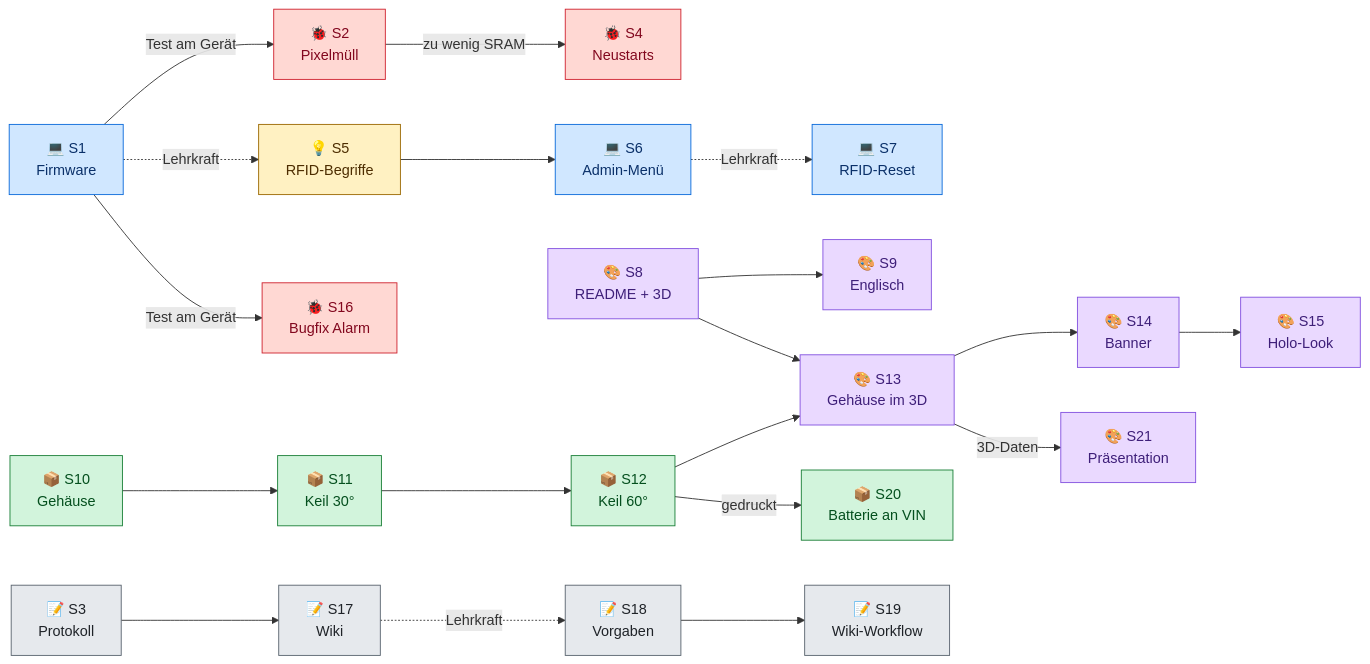
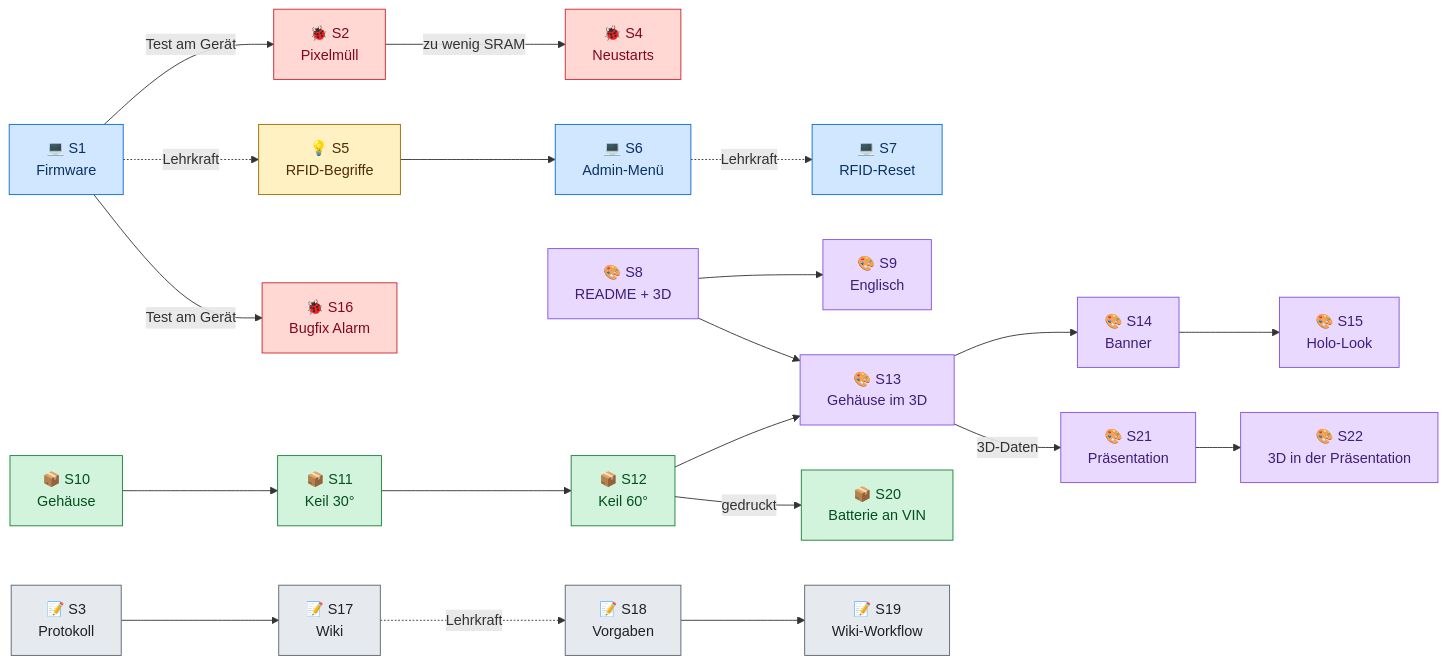
The second of 3 diagrams in wiki/Entwicklungsverlauf.md (BBZ-AIFS51/LF7-Projekt_GAS), drawn with Mermaid before and after one commit. The commit also changed other lines of this file and 6 other files, not shown here.

````diff
--- a/wiki/Entwicklungsverlauf.md
+++ b/wiki/Entwicklungsverlauf.md
@@ -62,51 +63,52 @@
 ```mermaid
 flowchart LR
     P1["💻 S1<br/>Firmware"]
     P2["🐞 S2<br/>Pixelmüll"]
     P3["📝 S3<br/>Protokoll"]
     P4["🐞 S4<br/>Neustarts"]
     P5["💡 S5<br/>RFID-Begriffe"]
     P6["💻 S6<br/>Admin-Menü"]
     P7["💻 S7<br/>RFID-Reset"]
     P8["🎨 S8<br/>README + 3D"]
     P9["🎨 S9<br/>Englisch"]
     P10["📦 S10<br/>Gehäuse"]
     P11["📦 S11<br/>Keil 30°"]
     P12["📦 S12<br/>Keil 60°"]
     P13["🎨 S13<br/>Gehäuse im 3D"]
     P14["🎨 S14<br/>Banner"]
     P15["🎨 S15<br/>Holo-Look"]
     P16["🐞 S16<br/>Bugfix Alarm"]
     P17["📝 S17<br/>Wiki"]
     P18["📝 S18<br/>Vorgaben"]
     P19["📝 S19<br/>Wiki-Workflow"]
     P20["📦 S20<br/>Batterie an VIN"]
     P21["🎨 S21<br/>Präsentation"]
+    P22["🎨 S22<br/>3D in der Präsentation"]
 
     P1 -- "Test am Gerät" --> P2 -- "zu wenig SRAM" --> P4
     P1 -. "Lehrkraft" .-> P5 --> P6
     P6 -. "Lehrkraft" .-> P7
     P1 -- "Test am Gerät" --> P16
     P8 --> P9
     P8 --> P13
     P10 --> P11 --> P12 --> P13
     P12 -- "gedruckt" --> P20
     P13 --> P14 --> P15
-    P13 -- "3D-Daten" --> P21
+    P13 -- "3D-Daten" --> P21 --> P22
     P3 --> P17
     P17 -. "Lehrkraft" .-> P18
     P18 --> P19
 
     classDef fw fill:#d0e7ff,stroke:#0969da,color:#0a3069
     classDef bug fill:#ffd8d3,stroke:#cf222e,color:#82071e
     classDef info fill:#fff1c2,stroke:#9a6700,color:#4d2d00
     classDef vis fill:#ead9ff,stroke:#8250df,color:#3e1f79
     classDef box fill:#d2f4dc,stroke:#1a7f37,color:#044f1e
     classDef doc fill:#e6e9ed,stroke:#59636e,color:#1f2328
     class P1,P6,P7 fw
     class P2,P4,P16 bug
     class P5 info
-    class P8,P9,P13,P14,P15,P21 vis
+    class P8,P9,P13,P14,P15,P21,P22 vis
     class P10,P11,P12,P20 box
     class P3,P17,P18,P19 doc
 ```
````
